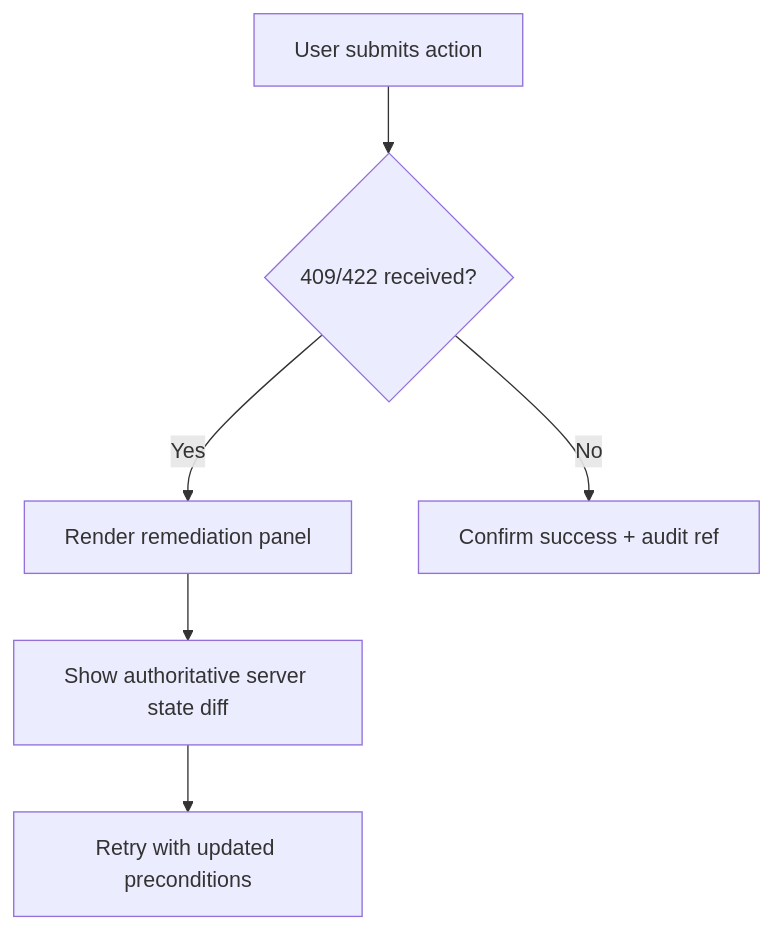
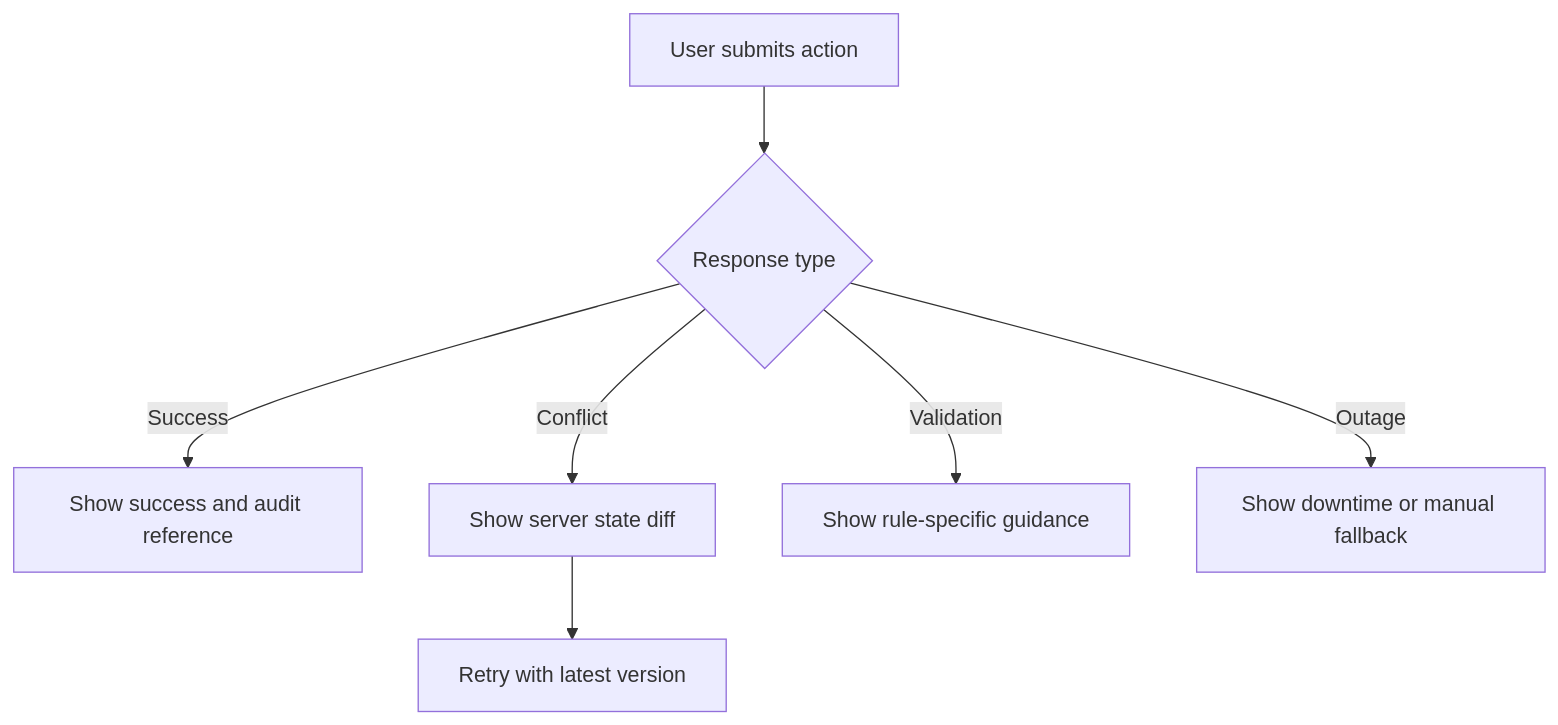
Before and after one commit to 0Ankit0/Project-Ideas: the diagram in Hospital Information System/edge-cases/api-and-ui.md, drawn with Mermaid. The commit also changed other lines of this file and 18 other files, not shown here.

````diff
--- a/Hospital Information System/edge-cases/api-and-ui.md
+++ b/Hospital Information System/edge-cases/api-and-ui.md
@@ -27,8 +25,9 @@
 ```mermaid
 flowchart TD
-    A[User submits action] --> B{409/422 received?}
-    B -- Yes --> C[Render remediation panel]
-    C --> D[Show authoritative server state diff]
-    D --> E[Retry with updated preconditions]
-    B -- No --> F[Confirm success + audit ref]
+    Submit[User submits action] --> Response{Response type}
+    Response -- Success --> Confirm[Show success and audit reference]
+    Response -- Conflict --> Diff[Show server state diff]
+    Diff --> Retry[Retry with latest version]
+    Response -- Validation --> Guidance[Show rule-specific guidance]
+    Response -- Outage --> Fallback[Show downtime or manual fallback]
 ```
````
